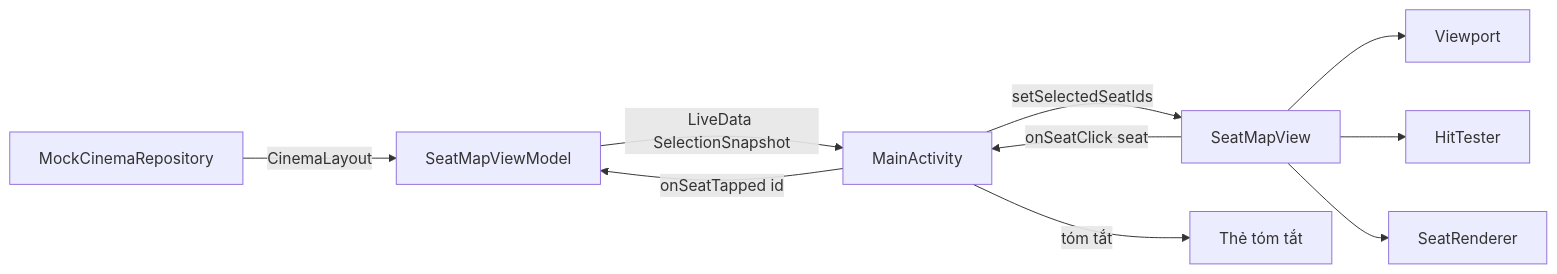
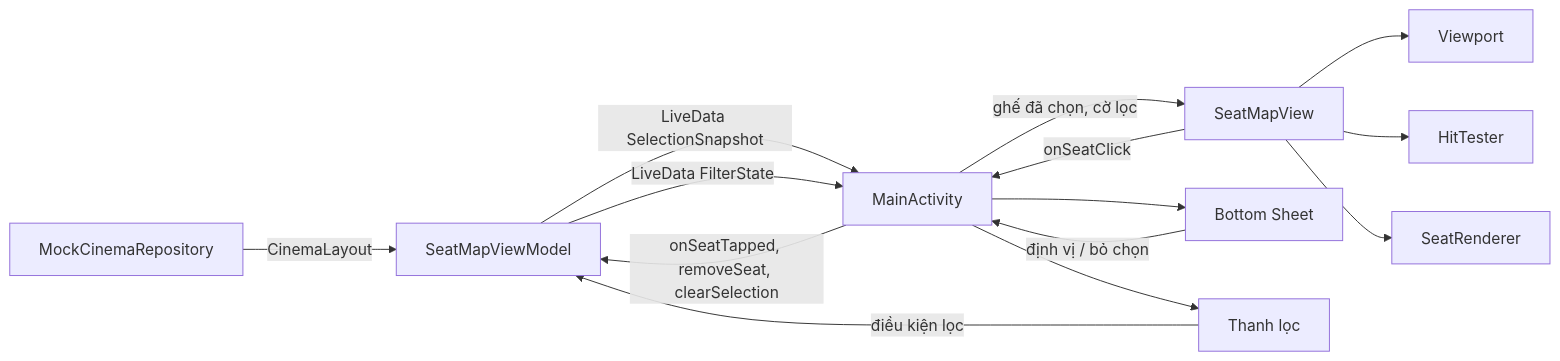
The diagram in README.md (24120012NhatNguyen/spatial_map), drawn with Mermaid before and after one commit. The commit also changed other lines of this file, not shown here.

````diff
--- a/README.md
+++ b/README.md
@@ -112,12 +148,16 @@
 ```mermaid
 flowchart LR
     Repo[MockCinemaRepository] -->|CinemaLayout| VM[SeatMapViewModel]
     VM -->|LiveData SelectionSnapshot| Act[MainActivity]
-    Act -->|setSelectedSeatIds| View[SeatMapView]
-    Act -->|tóm tắt| Card[Thẻ tóm tắt]
-    View -->|onSeatClick seat| Act
-    Act -->|onSeatTapped id| VM
+    VM -->|LiveData FilterState| Act
+    Act -->|ghế đã chọn, cờ lọc| View[SeatMapView]
+    Act --> Sheet[Bottom Sheet]
+    Act --> Bar[Thanh lọc]
+    View -->|onSeatClick| Act
+    Sheet -->|định vị / bỏ chọn| Act
+    Bar -->|điều kiện lọc| VM
+    Act -->|onSeatTapped, removeSeat, clearSelection| VM
     View --> VP[Viewport]
     View --> HT[HitTester]
     View --> R[SeatRenderer]
 ```
````
